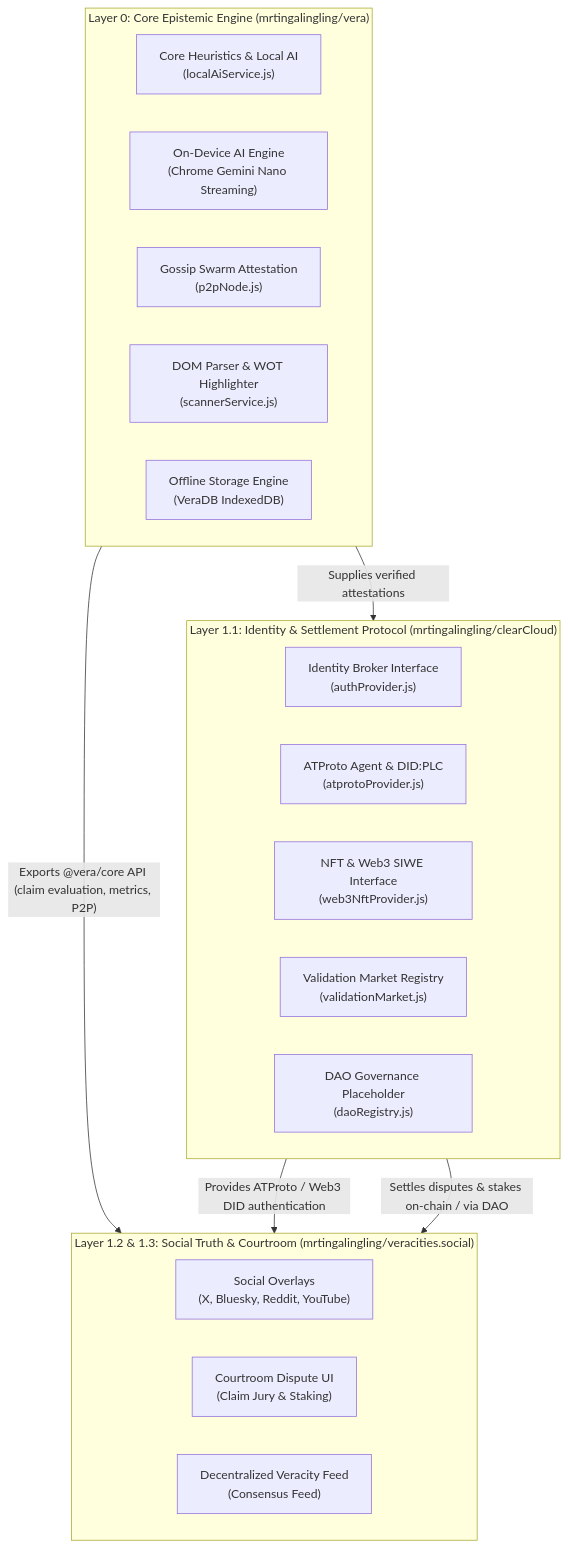
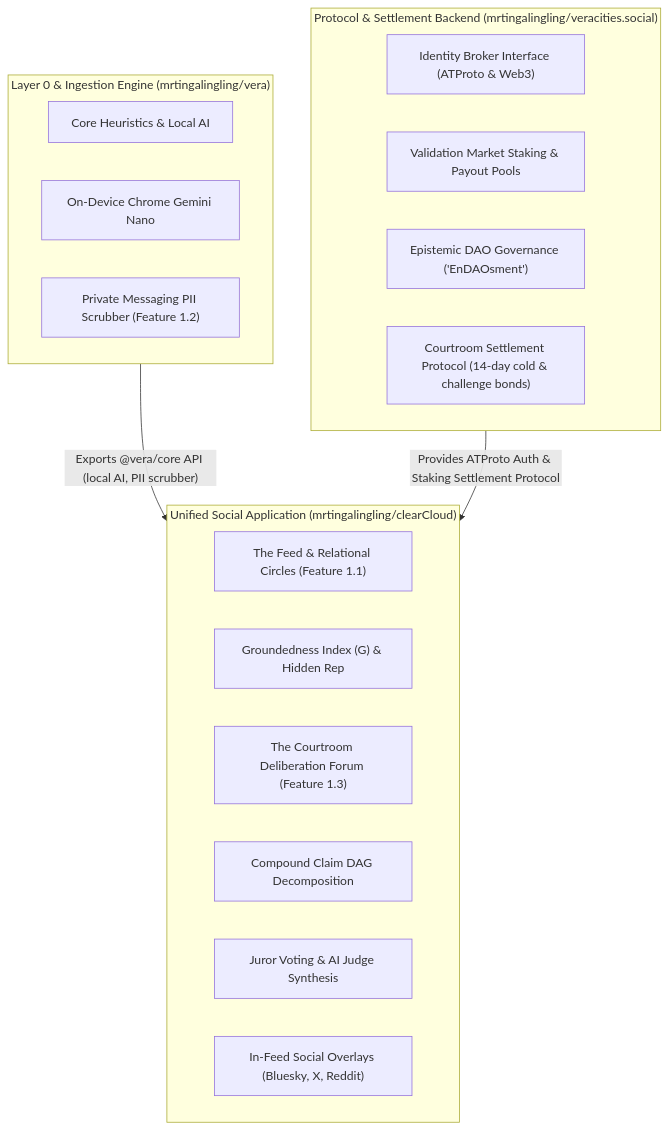
Before and after one commit to mrtingalingling/clearCloud: the diagram in docs/architecture.md, drawn with Mermaid. The commit also changed other lines of this file and 25 other files, not shown here.

Commit message:
feat: Restructure clearCloud as Unified Social Application (Feature 1.1 + 1.3)

````diff
--- a/docs/architecture.md
+++ b/docs/architecture.md
@@ -7,30 +9,27 @@
 ```mermaid
 graph TD
-    subgraph Layer0 ["Layer 0: Core Epistemic Engine (mrtingalingling/vera)"]
-        V_Engine["Core Heuristics & Local AI<br/>(localAiService.js)"]
-        V_Nano["On-Device AI Engine<br/>(Chrome Gemini Nano Streaming)"]
-        V_P2P["Gossip Swarm Attestation<br/>(p2pNode.js)"]
-        V_DOM["DOM Parser & WOT Highlighter<br/>(scannerService.js)"]
-        V_DB["Offline Storage Engine<br/>(VeraDB IndexedDB)"]
+    subgraph Layer0 ["Layer 0 & Ingestion Engine (mrtingalingling/vera)"]
+        V_Engine["Core Heuristics & Local AI"]
+        V_Nano["On-Device Chrome Gemini Nano"]
+        V_Scrub["Private Messaging PII Scrubber (Feature 1.2)"]
     end
 
-    subgraph Layer1_1 ["Layer 1.1: Identity & Settlement Protocol (mrtingalingling/clearCloud)"]
-        C_Auth["Identity Broker Interface<br/>(authProvider.js)"]
-        C_ATProto["ATProto Agent & DID:PLC<br/>(atprotoProvider.js)"]
-        C_Web3["NFT & Web3 SIWE Interface<br/>(web3NftProvider.js)"]
-        C_Market["Validation Market Registry<br/>(validationMarket.js)"]
-        C_DAO["DAO Governance Placeholder<br/>(daoRegistry.js)"]
+    subgraph LayerProtocol ["Protocol & Settlement Backend (mrtingalingling/veracities.social)"]
+        P_Auth["Identity Broker Interface (ATProto & Web3)"]
+        P_Market["Validation Market Staking & Payout Pools"]
+        P_DAO["Epistemic DAO Governance ('EnDAOsment')"]
+        P_Settle["Courtroom Settlement Protocol (14-day cold & challenge bonds)"]
     end
 
-    subgraph Layer1_2_3 ["Layer 1.2 & 1.3: Social Truth & Courtroom (mrtingalingling/veracities.social)"]
-        S_Overlay["Social Overlays<br/>(X, Bluesky, Reddit, YouTube)"]
-        S_Court["Courtroom Dispute UI<br/>(Claim Jury & Staking)"]
-        S_Feed["Decentralized Veracity Feed<br/>(Consensus Feed)"]
+    subgraph LayerApp ["Unified Social Application (mrtingalingling/clearCloud)"]
+        A_Feed["The Feed & Relational Circles (Feature 1.1)"]
+        A_Grounded["Groundedness Index (G) & Hidden Rep"]
+        A_Court["The Courtroom Deliberation Forum (Feature 1.3)"]
+        A_DAG["Compound Claim DAG Decomposition"]
+        A_Jury["Juror Voting & AI Judge Synthesis"]
+        A_Overlay["In-Feed Social Overlays (Bluesky, X, Reddit)"]
     end
 
-    %% Cross-Repo Interconnections
-    Layer0 -->|"Exports @vera/core API (claim evaluation, metrics, P2P)"| Layer1_2_3
-    Layer0 -->|"Supplies verified attestations"| Layer1_1
-    Layer1_1 -->|"Provides ATProto / Web3 DID authentication"| Layer1_2_3
-    Layer1_1 -->|"Settles disputes & stakes on-chain / via DAO"| Layer1_2_3
+    Layer0 -->|"Exports @vera/core API (local AI, PII scrubber)"| LayerApp
+    LayerProtocol -->|"Provides ATProto Auth & Staking Settlement Protocol"| LayerApp
 ```
````
